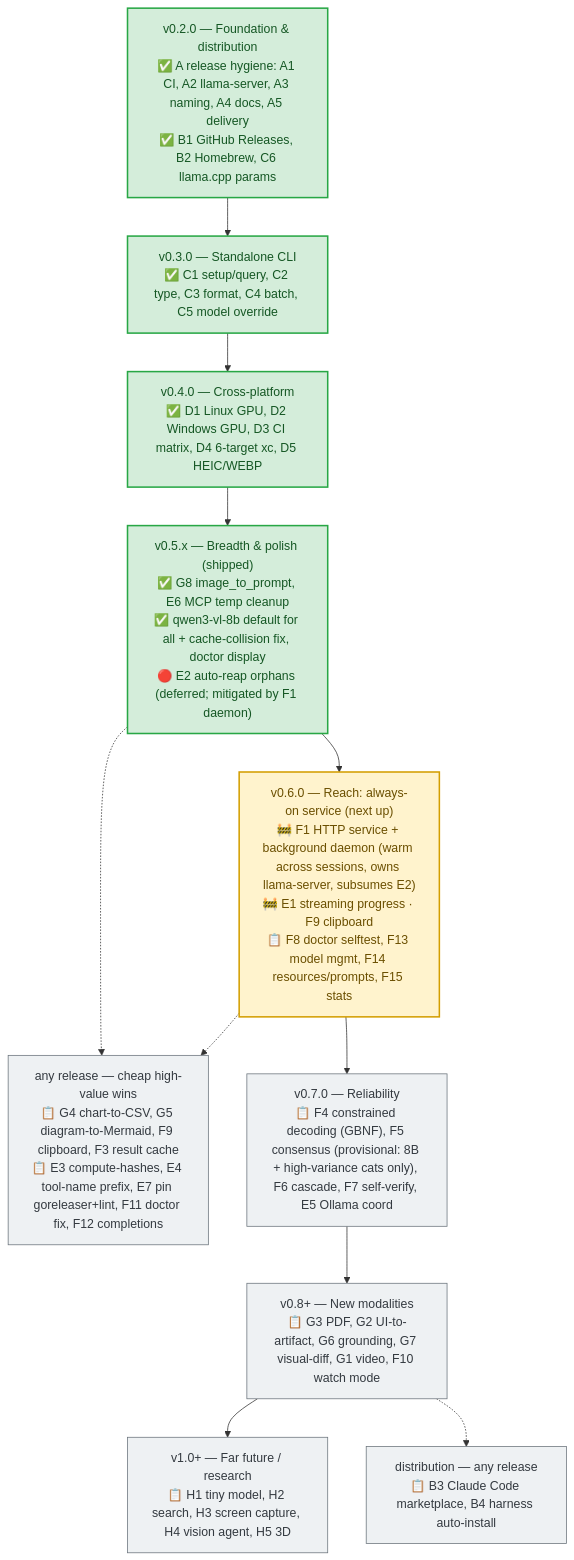
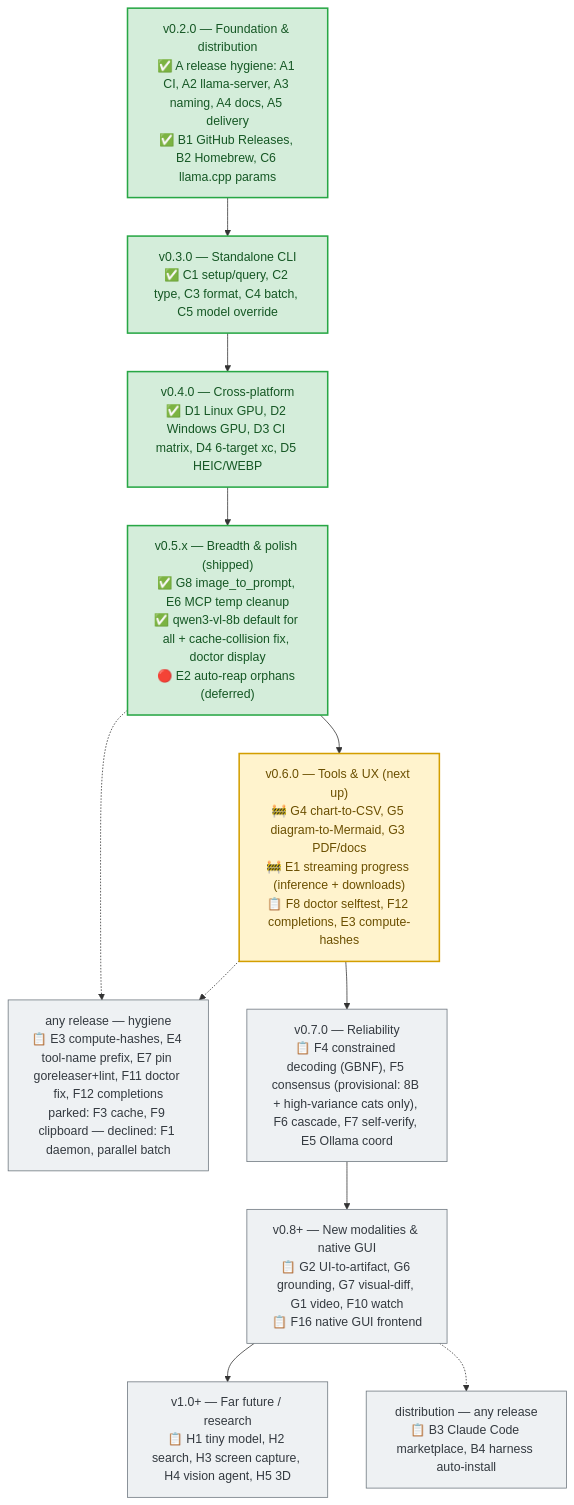
One commit to froggeric/llm changed the diagram in mcp/localvision/ROADMAP.md. Above: the diagram before and after it, drawn with Mermaid. The commit also changed other lines of this file and 1 other file, not shown here.

First line of the commit message:
docs(localvision): re-plan v0.6 as tools & UX; decline the daemon

````diff
--- a/mcp/localvision/ROADMAP.md
+++ b/mcp/localvision/ROADMAP.md
@@ -99,22 +102,22 @@
 ```mermaid
 flowchart TD
     classDef done fill:#d4edda,stroke:#28a745,color:#155724,stroke-width:2px
     classDef next fill:#fff3cd,stroke:#d39e00,color:#6b4f00,stroke-width:2px
     classDef planned fill:#eef1f3,stroke:#6c757d,color:#343a40
 
     V2["v0.2.0 — Foundation &amp; distribution<br/>✅ A release hygiene: A1 CI, A2 llama-server, A3 naming, A4 docs, A5 delivery<br/>✅ B1 GitHub Releases, B2 Homebrew, C6 llama.cpp params"]:::done
     V3["v0.3.0 — Standalone CLI<br/>✅ C1 setup/query, C2 type, C3 format, C4 batch, C5 model override"]:::done
     V4["v0.4.0 — Cross-platform<br/>✅ D1 Linux GPU, D2 Windows GPU, D3 CI matrix, D4 6-target xc, D5 HEIC/WEBP"]:::done
-    V5["v0.5.x — Breadth &amp; polish (shipped)<br/>✅ G8 image_to_prompt, E6 MCP temp cleanup<br/>✅ qwen3-vl-8b default for all + cache-collision fix, doctor display<br/>🔴 E2 auto-reap orphans (deferred; mitigated by F1 daemon)"]:::done
-    V6["v0.6.0 — Reach: always-on service (next up)<br/>🚧 F1 HTTP service + background daemon (warm across sessions, owns llama-server, subsumes E2)<br/>🚧 E1 streaming progress · F9 clipboard<br/>📋 F8 doctor selftest, F13 model mgmt, F14 resources/prompts, F15 stats"]:::next
-    ANY["any release — cheap high-value wins<br/>📋 G4 chart-to-CSV, G5 diagram-to-Mermaid, F9 clipboard, F3 result cache<br/>📋 E3 compute-hashes, E4 tool-name prefix, E7 pin goreleaser+lint, F11 doctor fix, F12 completions"]:::planned
+    V5["v0.5.x — Breadth &amp; polish (shipped)<br/>✅ G8 image_to_prompt, E6 MCP temp cleanup<br/>✅ qwen3-vl-8b default for all + cache-collision fix, doctor display<br/>🔴 E2 auto-reap orphans (deferred)"]:::done
+    V6["v0.6.0 — Tools &amp; UX (next up)<br/>🚧 G4 chart-to-CSV, G5 diagram-to-Mermaid, G3 PDF/docs<br/>🚧 E1 streaming progress (inference + downloads)<br/>📋 F8 doctor selftest, F12 completions, E3 compute-hashes"]:::next
+    ANY["any release — hygiene<br/>📋 E3 compute-hashes, E4 tool-name prefix, E7 pin goreleaser+lint, F11 doctor fix, F12 completions<br/>parked: F3 cache, F9 clipboard — declined: F1 daemon, parallel batch"]:::planned
     V7["v0.7.0 — Reliability<br/>📋 F4 constrained decoding (GBNF), F5 consensus (provisional: 8B + high-variance cats only), F6 cascade, F7 self-verify, E5 Ollama coord"]:::planned
-    V8["v0.8+ — New modalities<br/>📋 G3 PDF, G2 UI-to-artifact, G6 grounding, G7 visual-diff, G1 video, F10 watch mode"]:::planned
+    V8["v0.8+ — New modalities &amp; native GUI<br/>📋 G2 UI-to-artifact, G6 grounding, G7 visual-diff, G1 video, F10 watch<br/>📋 F16 native GUI frontend"]:::planned
     DIST["distribution — any release<br/>📋 B3 Claude Code marketplace, B4 harness auto-install"]:::planned
     V1["v1.0+ — Far future / research<br/>📋 H1 tiny model, H2 search, H3 screen capture, H4 vision agent, H5 3D"]:::planned
 
     V2 --> V3 --> V4 --> V5 --> V6 --> V7 --> V8 --> V1
     V5 -.-> ANY
     V6 -.-> ANY
     V8 -.-> DIST
 ```
````
